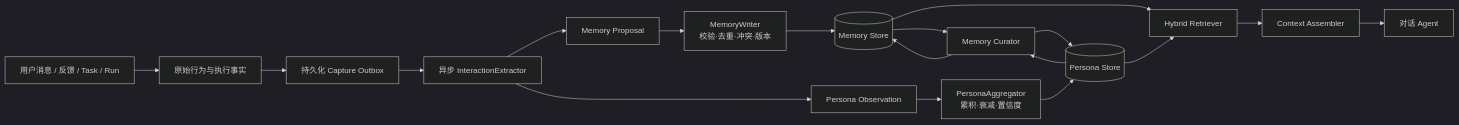
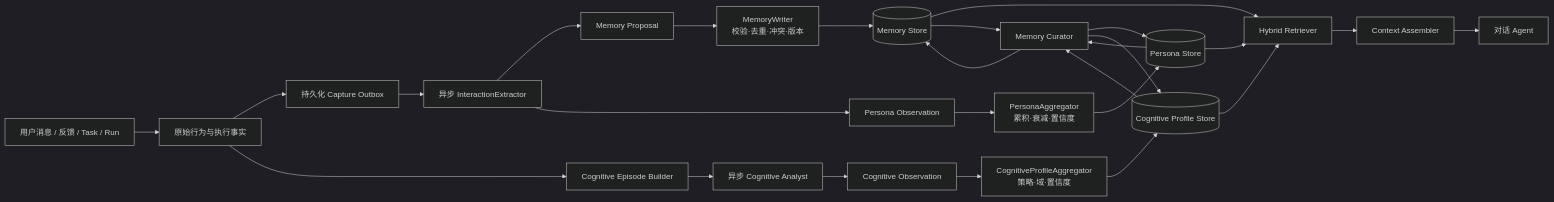
The diagram in docs/runtime/AHF_RUNTIME_MEMORY_SYSTEM_DESIGN.md (BruceChar/mazi), drawn with Mermaid (dark theme) before and after one commit. The commit also changed other lines of this file and 2 other files, not shown here.

Commit message:
docs(runtime): model user cognitive process profiles

````diff
--- a/docs/runtime/AHF_RUNTIME_MEMORY_SYSTEM_DESIGN.md
+++ b/docs/runtime/AHF_RUNTIME_MEMORY_SYSTEM_DESIGN.md
@@ -173,20 +208,28 @@
 ```mermaid
 flowchart LR
     A[用户消息 / 反馈 / Task / Run] --> B[原始行为与执行事实]
     B --> C[持久化 Capture Outbox]
     C --> D[异步 InteractionExtractor]
     D --> E[Memory Proposal]
     D --> F[Persona Observation]
+    B --> O[Cognitive Episode Builder]
+    O --> P[异步 Cognitive Analyst]
+    P --> Q[Cognitive Observation]
     E --> G[MemoryWriter<br/>校验·去重·冲突·版本]
     F --> H[PersonaAggregator<br/>累积·衰减·置信度]
+    Q --> R[CognitiveProfileAggregator<br/>策略·域·置信度]
     G --> I[(Memory Store)]
     H --> J[(Persona Store)]
+    R --> S[(Cognitive Profile Store)]
     I --> K[Hybrid Retriever]
     J --> K
+    S --> K
     K --> L[Context Assembler]
     L --> M[对话 Agent]
     I --> N[Memory Curator]
     J --> N
+    S --> N
     N --> I
     N --> J
+    N --> S
 ```
````
